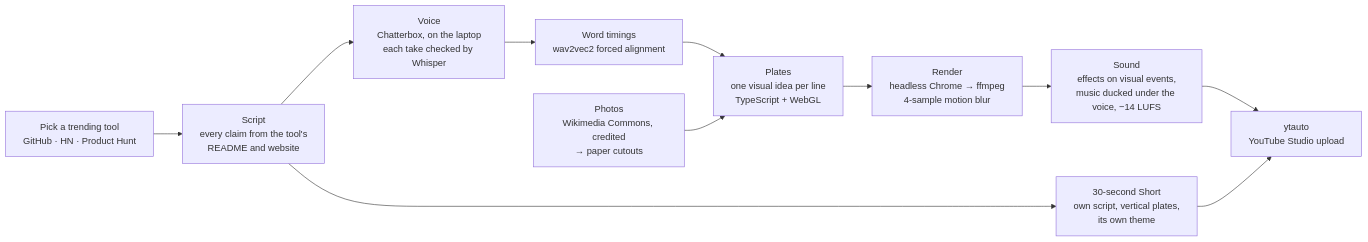
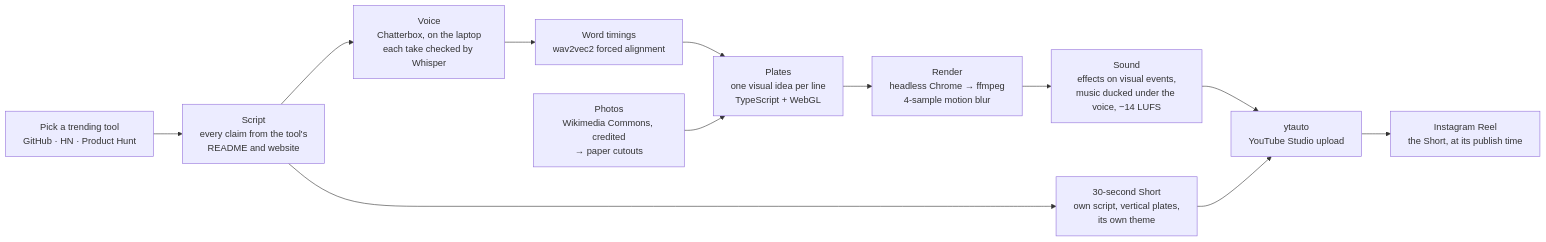
The diagram in README.md (snowjug/Hermes), drawn with Mermaid before and after one commit. The commit also changed other lines of this file and 11 other files, not shown here.

First line of the commit message:
ytauto: post Shorts to Instagram as Reels at their publish time

````diff
--- a/README.md
+++ b/README.md
@@ -27,13 +27,14 @@
 ```mermaid
 flowchart LR
   A["Pick a trending tool<br/>GitHub · HN · Product Hunt"] --> B["Script<br/>every claim from the tool's<br/>README and website"]
   B --> C["Voice<br/>Chatterbox, on the laptop<br/>each take checked by Whisper"]
   C --> D["Word timings<br/>wav2vec2 forced alignment"]
   D --> E["Plates<br/>one visual idea per line<br/>TypeScript + WebGL"]
   P["Photos<br/>Wikimedia Commons, credited<br/>→ paper cutouts"] --> E
   E --> F["Render<br/>headless Chrome → ffmpeg<br/>4-sample motion blur"]
   F --> G["Sound<br/>effects on visual events,<br/>music ducked under the voice, −14 LUFS"]
   G --> I["ytauto<br/>YouTube Studio upload"]
+  I --> R["Instagram Reel<br/>the Short, at its publish time"]
   B --> S["30-second Short<br/>own script, vertical plates,<br/>its own theme"]
   S --> I
 ```
````
